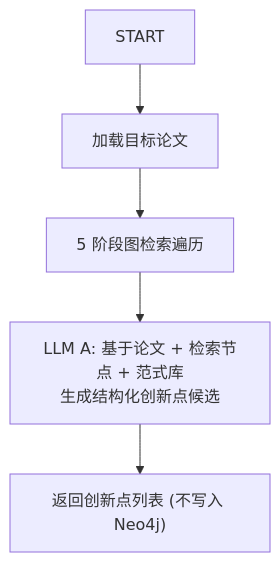
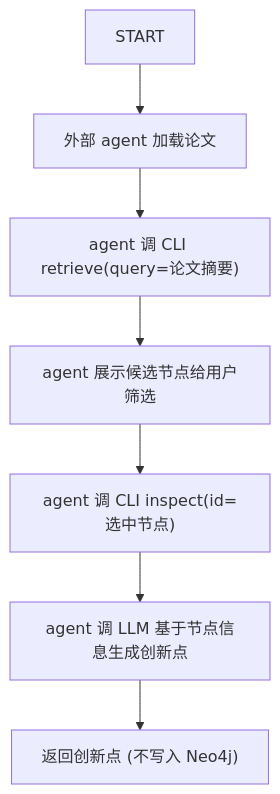
Before and after one commit to cheanus/IdeaForgeX: the second of 2 diagrams in docs/design.md, drawn with Mermaid. The commit also changed other lines of this file and 12 other files, not shown here.

First line of the commit message:
refactor: 推理阶段改为纯 CLI 查询，移除内置 LLM agent

````diff
--- a/docs/design.md
+++ b/docs/design.md
@@ -84,8 +72,10 @@
 ```mermaid
 flowchart TD
     S["START"]
-    S --> P1["加载目标论文"]
-    P1 --> P2["5 阶段图检索遍历"]
-    P2 --> P3["LLM A: 基于论文 + 检索节点 + 范式库<br/>生成结构化创新点候选"]
-    P3 --> O["返回创新点列表 (不写入 Neo4j)"]
+    S --> A["外部 agent 加载论文"]
+    A --> R["agent 调 CLI retrieve(query=论文摘要)"]
+    R --> D["agent 展示候选节点给用户筛选"]
+    D --> I["agent 调 CLI inspect(id=选中节点)"]
+    I --> G["agent 调 LLM 基于节点信息生成创新点"]
+    G --> O["返回创新点 (不写入 Neo4j)"]
 ```
````
